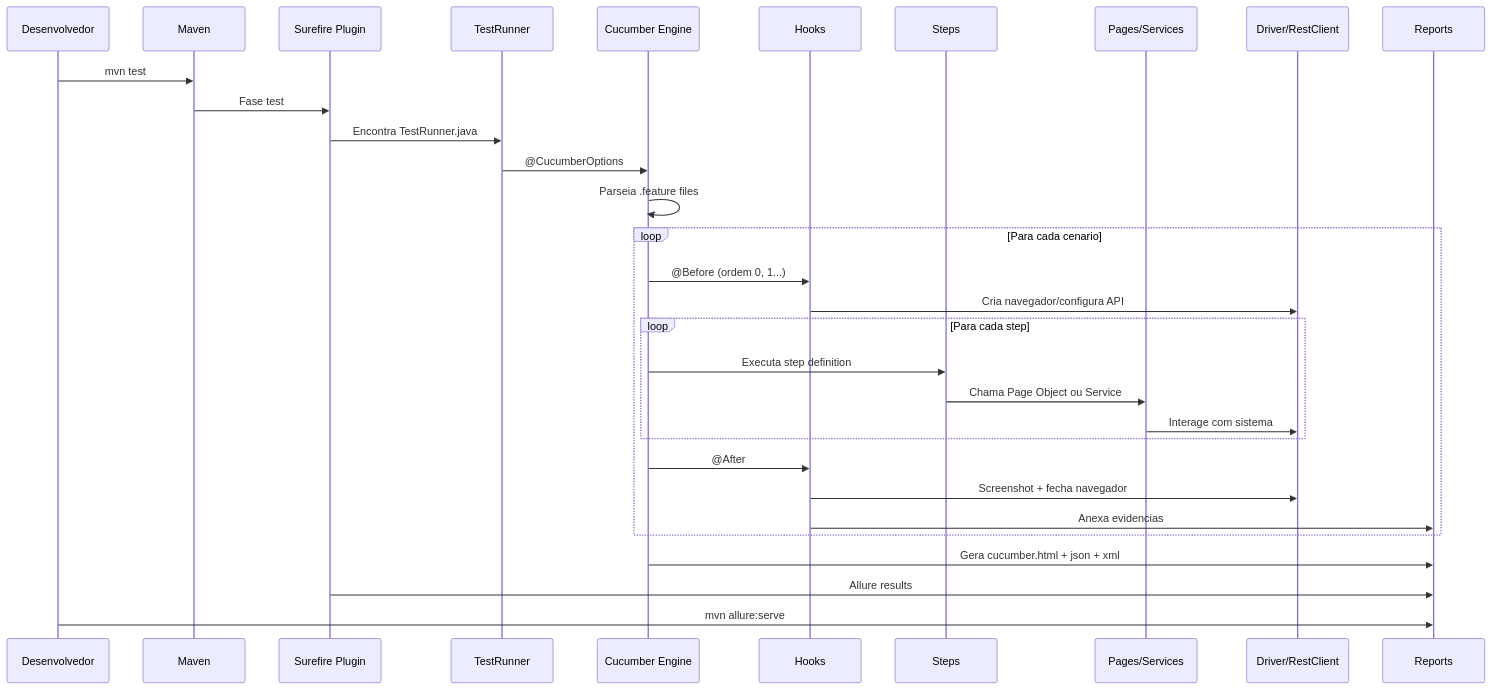
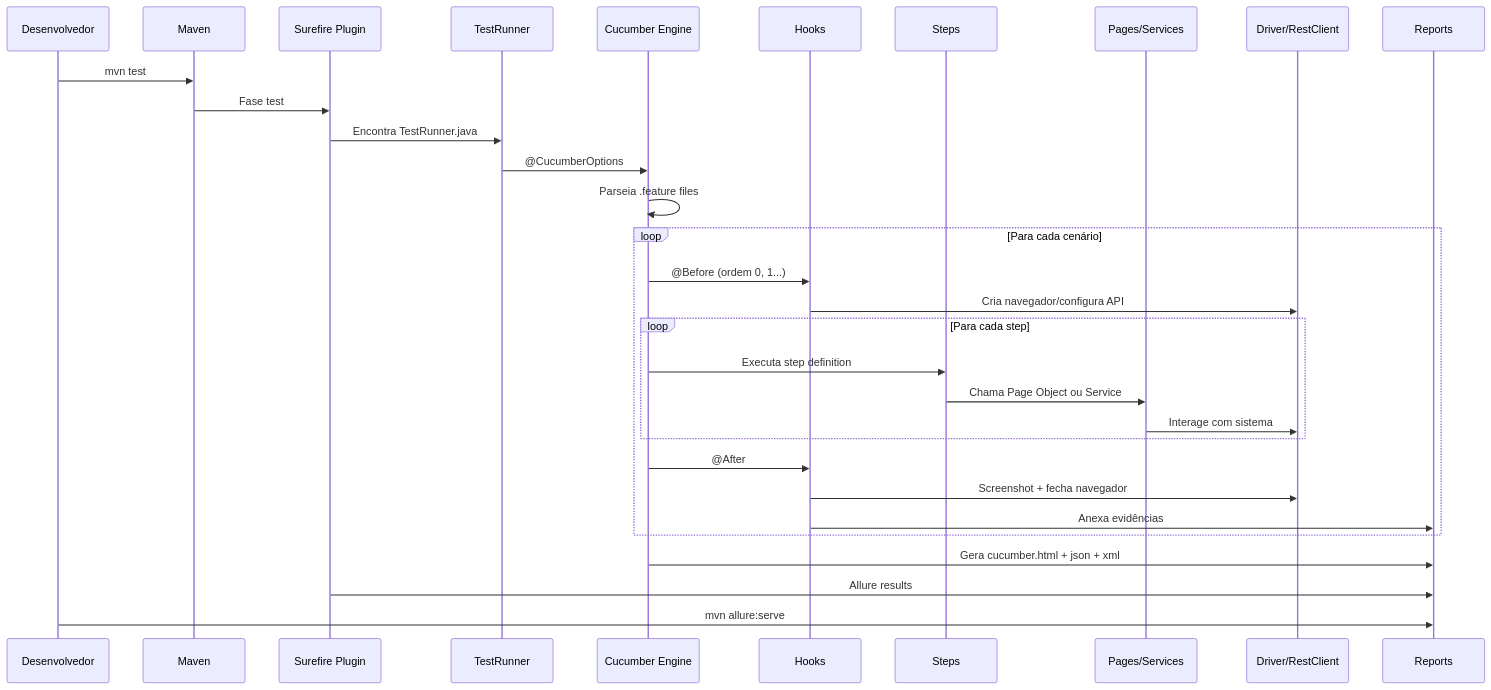
Before and after one commit to aline-nory/selenium-cucumber-cicd-kiro: the second of 4 diagrams in DOCUMENTATION.md, drawn with Mermaid. The commit also changed other lines of this file and 5 other files, not shown here.

````diff
--- a/DOCUMENTATION.md
+++ b/DOCUMENTATION.md
@@ -256,34 +256,34 @@
 ```mermaid
 sequenceDiagram
     participant DEV as Desenvolvedor
     participant MVN as Maven
     participant SF as Surefire Plugin
     participant RUN as TestRunner
     participant CUC as Cucumber Engine
     participant HOOK as Hooks
     participant STEP as Steps
     participant PAGE as Pages/Services
     participant DRV as Driver/RestClient
     participant RPT as Reports
 
     DEV->>MVN: mvn test
     MVN->>SF: Fase test
     SF->>RUN: Encontra TestRunner.java
     RUN->>CUC: @CucumberOptions
     CUC->>CUC: Parseia .feature files
-    loop Para cada cenario
+    loop Para cada cenário
         CUC->>HOOK: @Before (ordem 0, 1...)
         HOOK->>DRV: Cria navegador/configura API
         loop Para cada step
             CUC->>STEP: Executa step definition
             STEP->>PAGE: Chama Page Object ou Service
             PAGE->>DRV: Interage com sistema
         end
         CUC->>HOOK: @After
         HOOK->>DRV: Screenshot + fecha navegador
-        HOOK->>RPT: Anexa evidencias
+        HOOK->>RPT: Anexa evidências
     end
     CUC->>RPT: Gera cucumber.html + json + xml
     SF->>RPT: Allure results
     DEV->>RPT: mvn allure:serve
 ```
````
